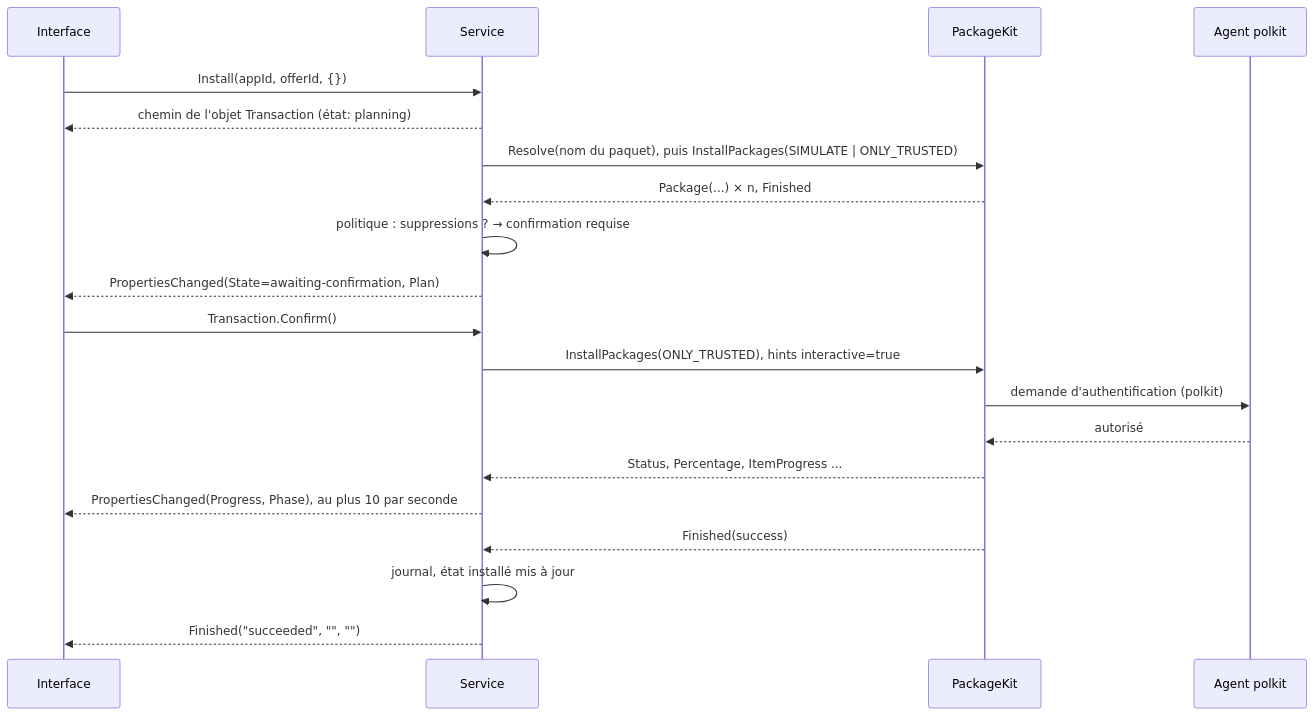
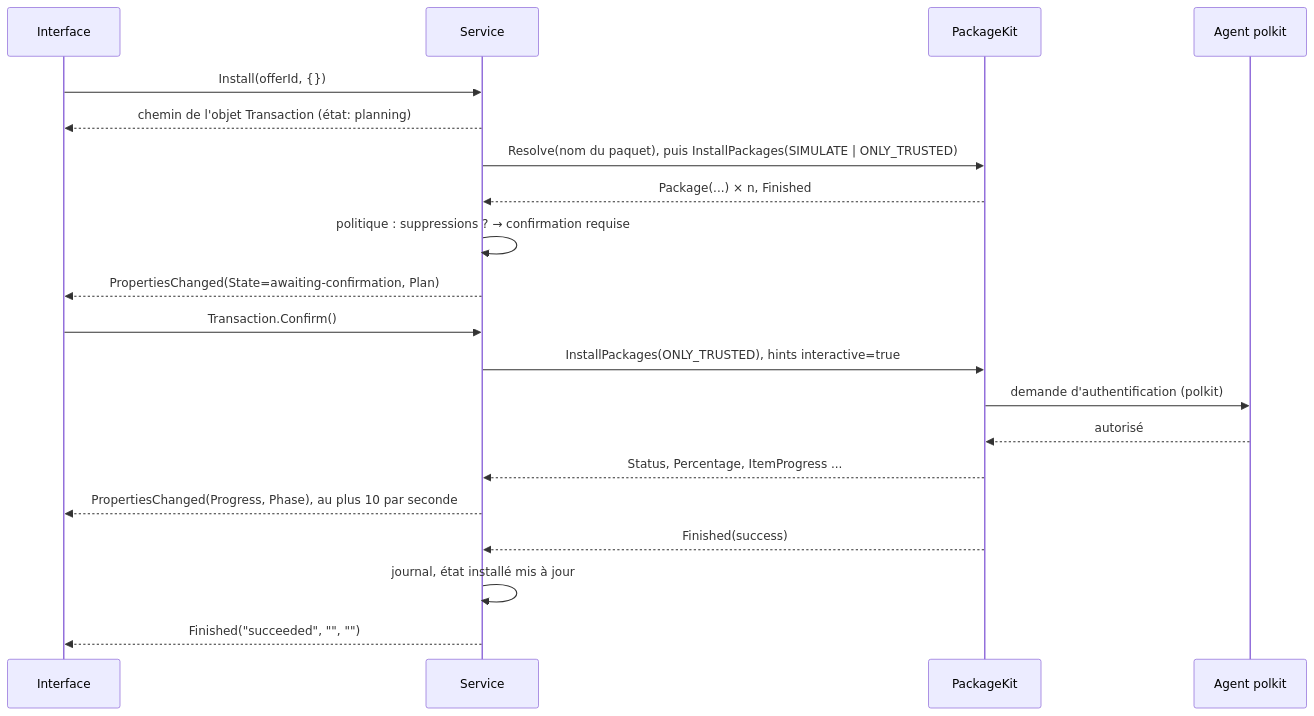
Before and after one commit to SachaGrdc/cutefish-store: the fourth of 5 diagrams in docs/ARCHITECTURE.md, drawn with Mermaid. The commit also changed other lines of this file and 1 other file, not shown here.

````diff
--- a/docs/ARCHITECTURE.md
+++ b/docs/ARCHITECTURE.md
@@ -299,22 +301,22 @@
 ```mermaid
 sequenceDiagram
     participant U as Interface
     participant S as Service
     participant P as PackageKit
     participant A as Agent polkit
-    U->>S: Install(appId, offerId, {})
+    U->>S: Install(offerId, {})
     S-->>U: chemin de l'objet Transaction (état: planning)
     S->>P: Resolve(nom du paquet), puis InstallPackages(SIMULATE | ONLY_TRUSTED)
     P-->>S: Package(...) × n, Finished
     S->>S: politique : suppressions ? → confirmation requise
     S-->>U: PropertiesChanged(State=awaiting-confirmation, Plan)
     U->>S: Transaction.Confirm()
     S->>P: InstallPackages(ONLY_TRUSTED), hints interactive=true
     P->>A: demande d'authentification (polkit)
     A-->>P: autorisé
     P-->>S: Status, Percentage, ItemProgress ...
     S-->>U: PropertiesChanged(Progress, Phase), au plus 10 par seconde
     P-->>S: Finished(success)
     S->>S: journal, état installé mis à jour
     S-->>U: Finished("succeeded", "", "")
 ```
````
